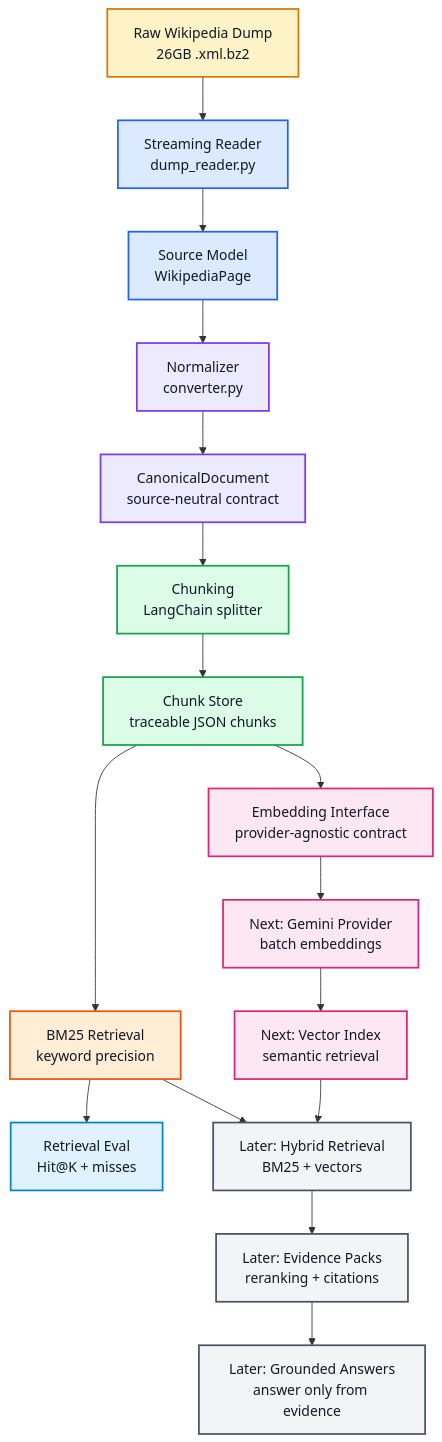
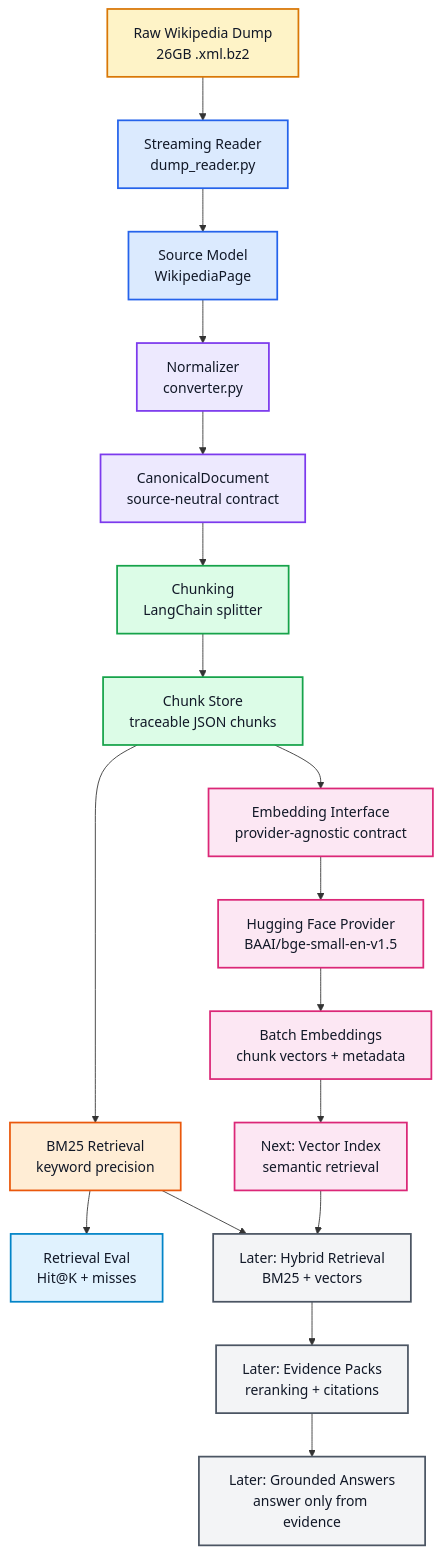
Before and after one commit to parasiitism/enterprise-rag-pipeline: the diagram in README.md, drawn with Mermaid. The commit also changed other lines of this file and 9 other files, not shown here.

Commit message:
Add Hugging Face batch embeddings

````diff
--- a/README.md
+++ b/README.md
@@ -95,36 +122,37 @@
 ```mermaid
 flowchart TD
     A["Raw Wikipedia Dump<br/>26GB .xml.bz2"] --> B["Streaming Reader<br/>dump_reader.py"]
     B --> C["Source Model<br/>WikipediaPage"]
     C --> D["Normalizer<br/>converter.py"]
     D --> E["CanonicalDocument<br/>source-neutral contract"]
     E --> F["Chunking<br/>LangChain splitter"]
     F --> G["Chunk Store<br/>traceable JSON chunks"]
     G --> H["BM25 Retrieval<br/>keyword precision"]
     H --> I["Retrieval Eval<br/>Hit@K + misses"]
     G --> J["Embedding Interface<br/>provider-agnostic contract"]
-    J --> K["Next: Gemini Provider<br/>batch embeddings"]
-    K --> L["Next: Vector Index<br/>semantic retrieval"]
+    J --> K["Hugging Face Provider<br/>BAAI/bge-small-en-v1.5"]
+    K --> L["Batch Embeddings<br/>chunk vectors + metadata"]
+    L --> P["Next: Vector Index<br/>semantic retrieval"]
     H --> M["Later: Hybrid Retrieval<br/>BM25 + vectors"]
-    L --> M
+    P --> M
     M --> N["Later: Evidence Packs<br/>reranking + citations"]
     N --> O["Later: Grounded Answers<br/>answer only from evidence"]
 
     classDef raw fill:#FEF3C7,stroke:#D97706,color:#111827,stroke-width:2px;
     classDef ingest fill:#DBEAFE,stroke:#2563EB,color:#111827,stroke-width:2px;
     classDef normalize fill:#EDE9FE,stroke:#7C3AED,color:#111827,stroke-width:2px;
     classDef chunk fill:#DCFCE7,stroke:#16A34A,color:#111827,stroke-width:2px;
     classDef retrieval fill:#FFEDD5,stroke:#EA580C,color:#111827,stroke-width:2px;
     classDef eval fill:#E0F2FE,stroke:#0284C7,color:#111827,stroke-width:2px;
     classDef embed fill:#FCE7F3,stroke:#DB2777,color:#111827,stroke-width:2px;
     classDef later fill:#F3F4F6,stroke:#4B5563,color:#111827,stroke-width:2px;
 
     class A raw;
     class B,C ingest;
     class D,E normalize;
     class F,G chunk;
     class H retrieval;
     class I eval;
-    class J,K,L embed;
+    class J,K,L,P embed;
     class M,N,O later;
 ```
````
